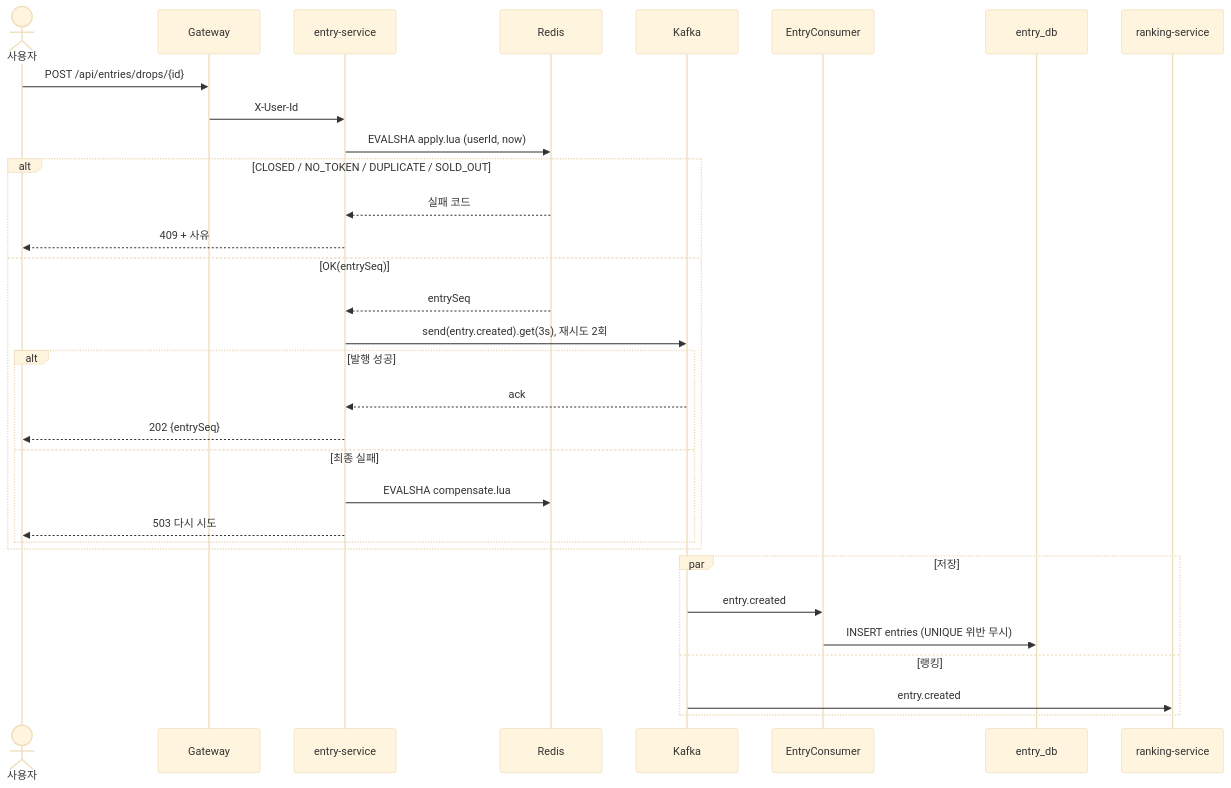
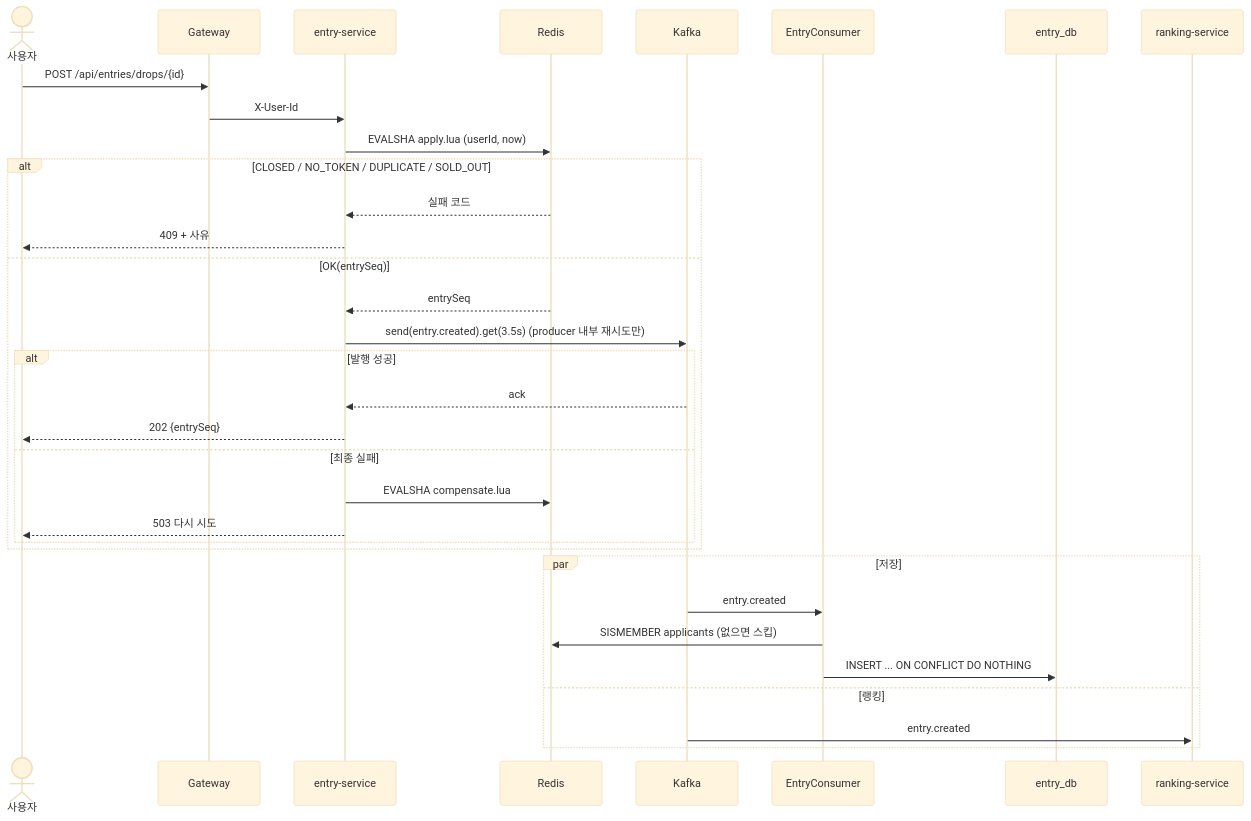
Before and after one commit to dd-jiny/queue-drop: the second of 2 diagrams in docs/design/05-features/entry-apply.md, drawn with Mermaid (base theme). The commit also changed other lines of this file and 24 other files, not shown here.

````diff
--- a/docs/design/05-features/entry-apply.md
+++ b/docs/design/05-features/entry-apply.md
@@ -89,36 +109,37 @@
 ```mermaid
 sequenceDiagram
     actor U as 사용자
     participant GW as Gateway
     participant ES as entry-service
     participant R as Redis
     participant K as Kafka
     participant C as EntryConsumer
     participant DB as entry_db
     participant RS as ranking-service
 
     U->>GW: POST /api/entries/drops/{id}
     GW->>ES: X-User-Id
     ES->>R: EVALSHA apply.lua (userId, now)
     alt CLOSED / NO_TOKEN / DUPLICATE / SOLD_OUT
         R-->>ES: 실패 코드
         ES-->>U: 409 + 사유
     else OK(entrySeq)
         R-->>ES: entrySeq
-        ES->>K: send(entry.created).get(3s), 재시도 2회
+        ES->>K: send(entry.created).get(3.5s) (producer 내부 재시도만)
         alt 발행 성공
             K-->>ES: ack
             ES-->>U: 202 {entrySeq}
         else 최종 실패
             ES->>R: EVALSHA compensate.lua
             ES-->>U: 503 다시 시도
         end
     end
 
     par 저장
         K->>C: entry.created
-        C->>DB: INSERT entries (UNIQUE 위반 무시)
+        C->>R: SISMEMBER applicants (없으면 스킵)
+        C->>DB: INSERT ... ON CONFLICT DO NOTHING
     and 랭킹
         K->>RS: entry.created
     end
 ```
````
